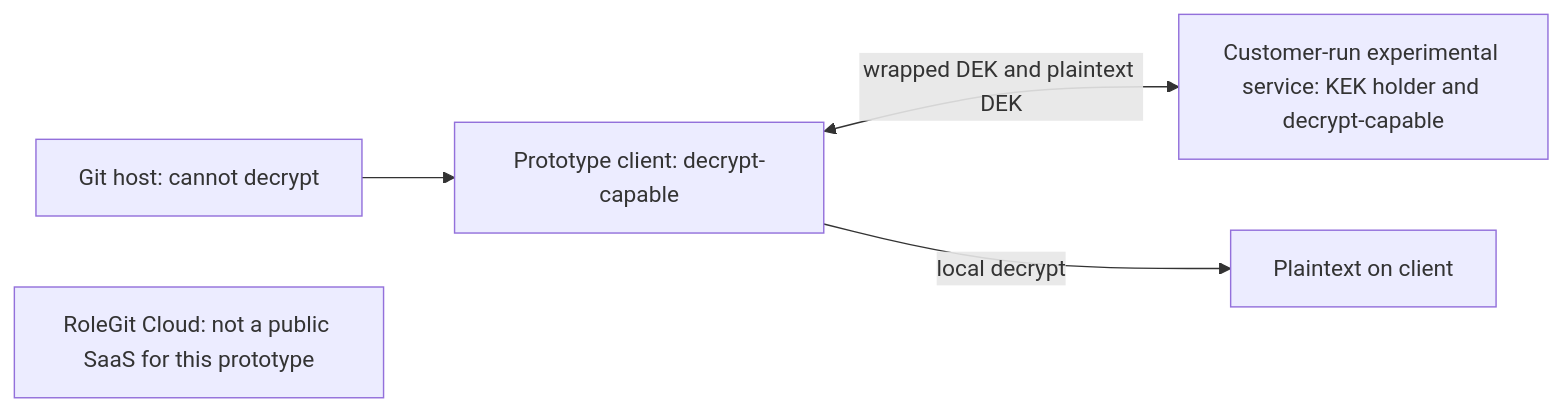
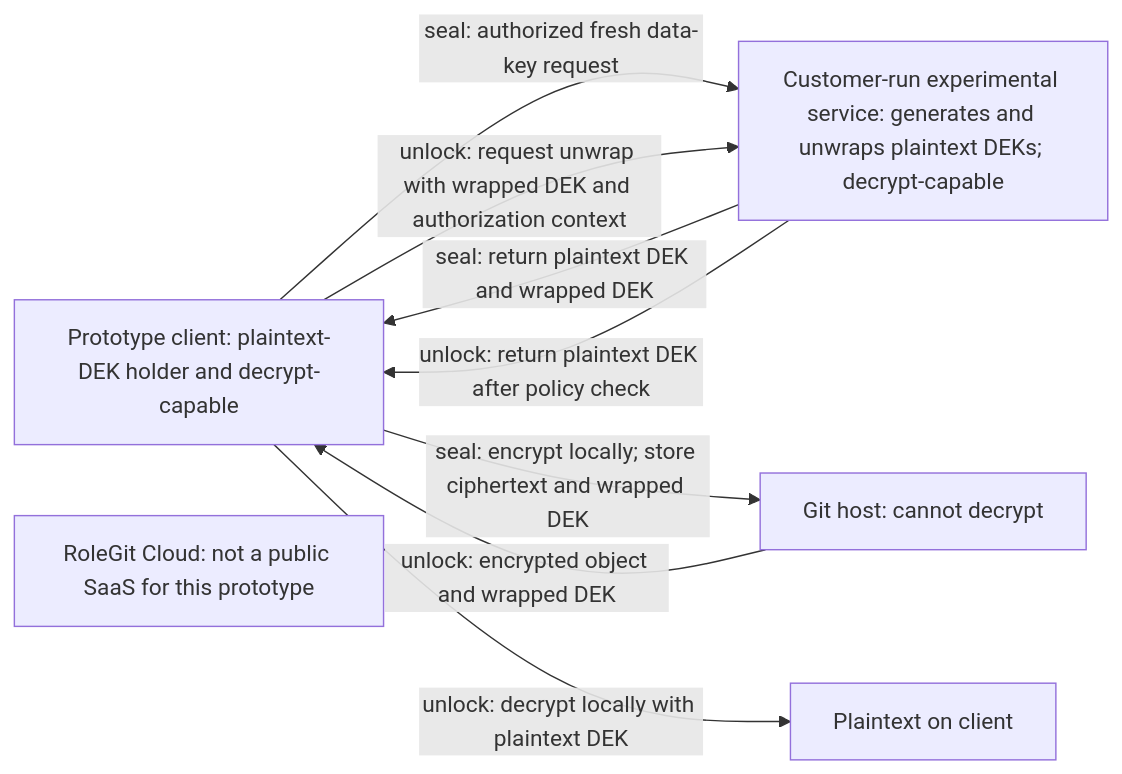
Before and after one commit to cosentinode/rolegit: the sixth of 6 diagrams in docs/adr/0001-product-modes-and-trust-boundaries.md, drawn with Mermaid. The commit also changed other lines of this file and 3 other files, not shown here.

Commit message:
docs: clarify enterprise key flows

````diff
--- a/docs/adr/0001-product-modes-and-trust-boundaries.md
+++ b/docs/adr/0001-product-modes-and-trust-boundaries.md
@@ -220,7 +233,11 @@
 ```mermaid
 flowchart LR
-    G[Git host: cannot decrypt] --> D[Prototype client: decrypt-capable]
-    D <-->|wrapped DEK and plaintext DEK| S[Customer-run experimental service: KEK holder and decrypt-capable]
-    D -->|local decrypt| P[Plaintext on client]
+    D[Prototype client: plaintext-DEK holder and decrypt-capable] -->|seal: authorized fresh data-key request| S[Customer-run experimental service: generates and unwraps plaintext DEKs; decrypt-capable]
+    S -->|seal: return plaintext DEK and wrapped DEK| D
+    D -->|seal: encrypt locally; store ciphertext and wrapped DEK| G[Git host: cannot decrypt]
+    G -->|unlock: encrypted object and wrapped DEK| D
+    D -->|unlock: request unwrap with wrapped DEK and authorization context| S
+    S -->|unlock: return plaintext DEK after policy check| D
+    D -->|unlock: decrypt locally with plaintext DEK| P[Plaintext on client]
     R[RoleGit Cloud: not a public SaaS for this prototype]
 ```
````
